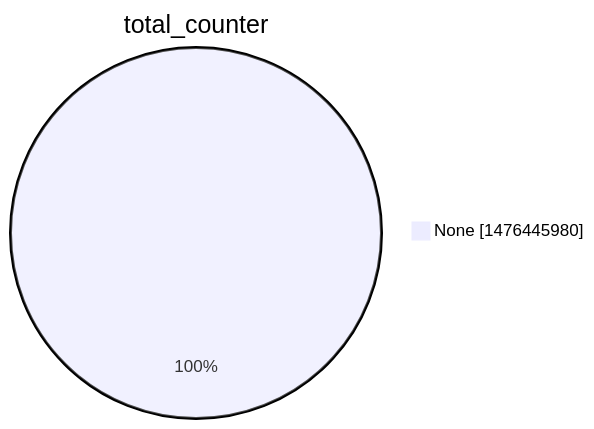
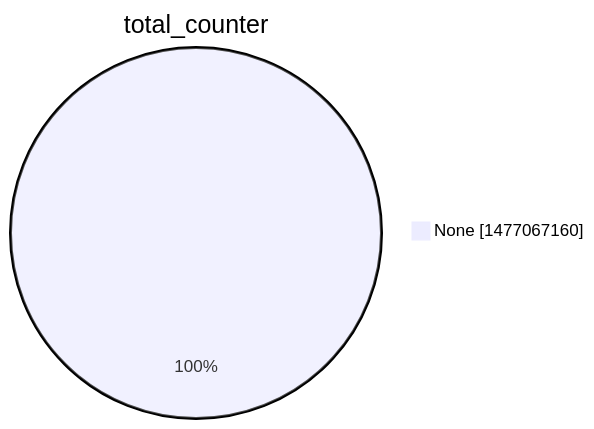
The second of 15 diagrams in argon2022/README.md (christiankrug/ctmonitor_visualization), drawn with Mermaid before and after one commit. The commit also changed other lines of this file, not shown here.

````diff
--- a/argon2022/README.md
+++ b/argon2022/README.md
@@ -9,5 +9,5 @@
 ```mermaid
 pie showData
 title total_counter
-"None" :1476445980
+"None" :1477067160
 ```
````
